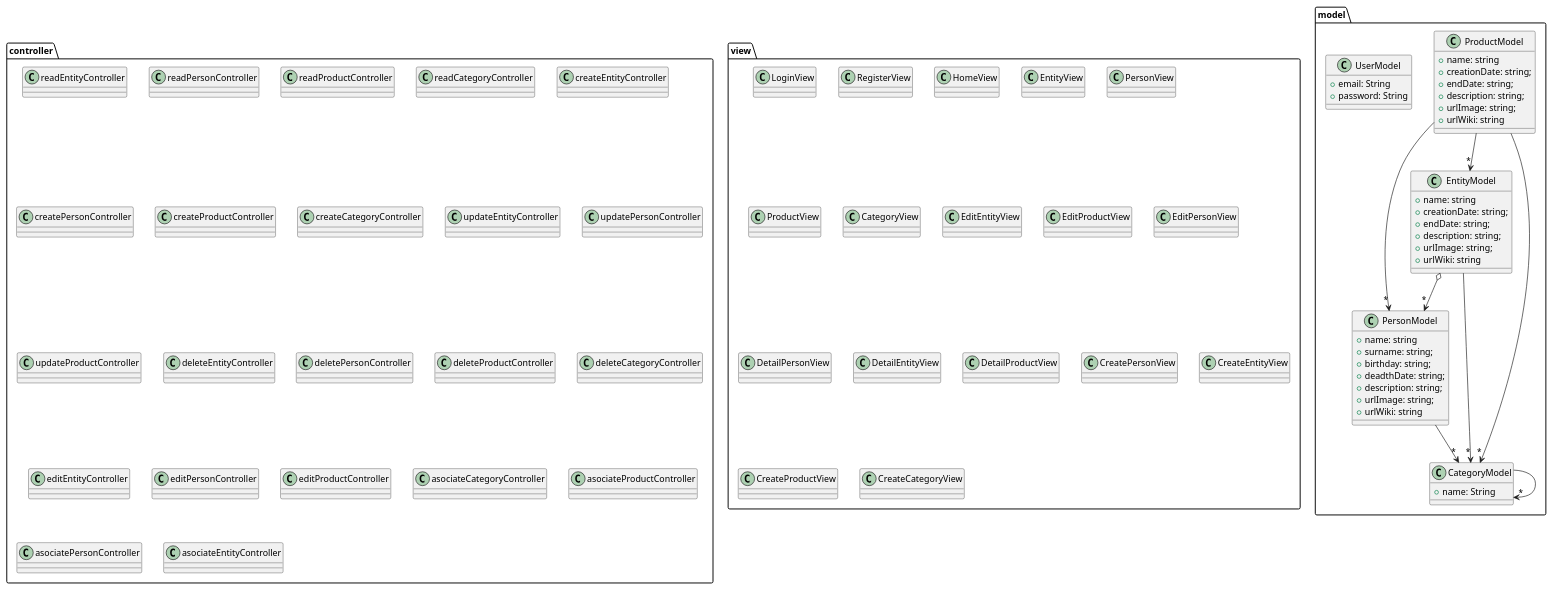
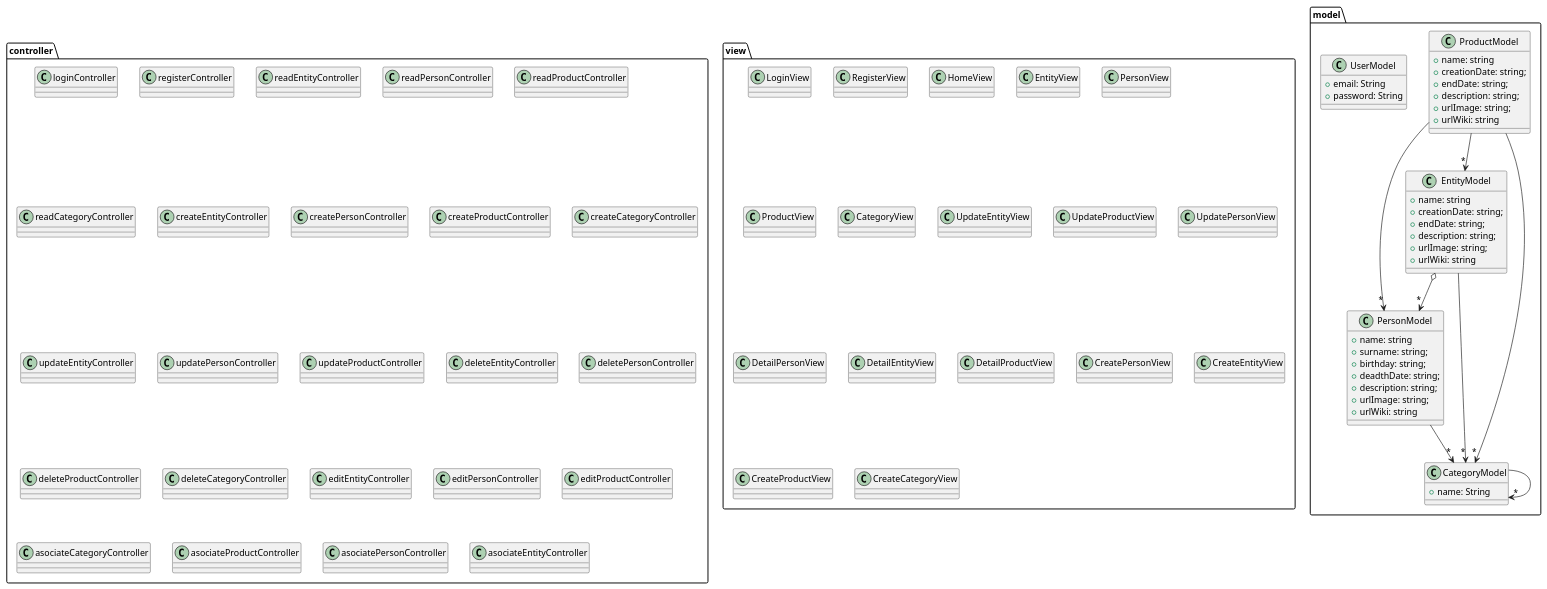
Before and after one commit to nataliacasanova/analesdelaciencia: the seventh of 13 diagrams in index.adoc, drawn with PlantUML. The commit also changed other lines of this file and 18 other files, not shown here.

```diff
--- a/index.adoc
+++ b/index.adoc
@@ -748,6 +755,8 @@
 CategoryModel --> "*" CategoryModel
 
 package "controller"{
+Class loginController
+Class registerController
 
 Class readEntityController
 Class readPersonController
@@ -782,9 +791,9 @@
 Class PersonView
 Class ProductView
 Class CategoryView
-Class EditEntityView
-Class EditProductView
-Class EditPersonView
+Class UpdateEntityView
+Class UpdateProductView
+Class UpdatePersonView
 Class DetailPersonView
 Class DetailEntityView
 Class DetailProductView
```
